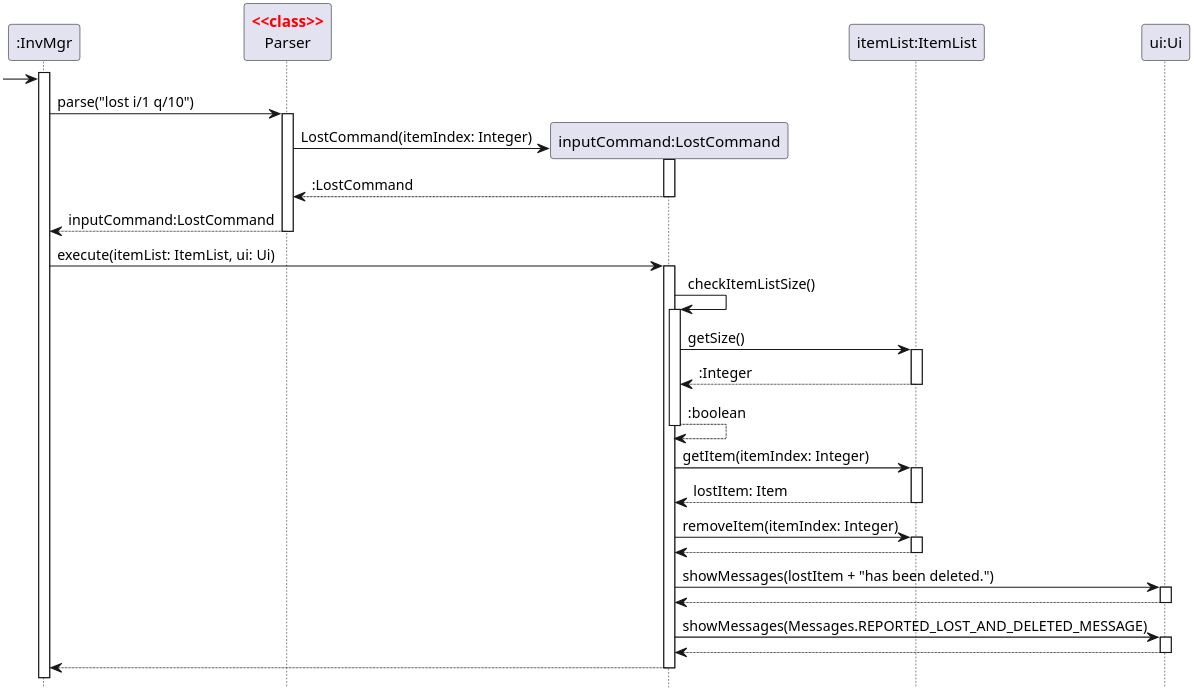
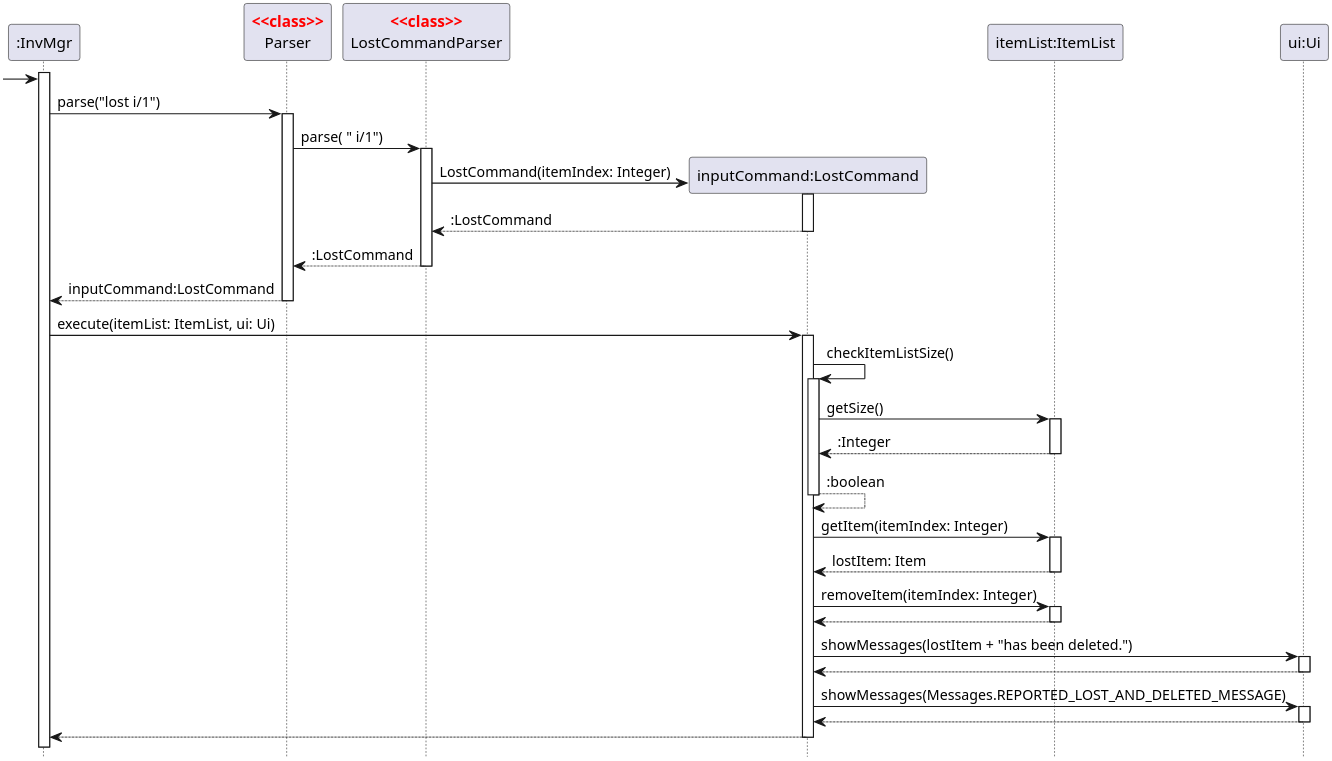
One commit to nus-cs2113-AY2122S2/tp changed the diagram in docs/diagrams/LostCommandSequenceDiagram.puml. Above: the diagram before and after it, drawn with PlantUML. The commit also changed 5 other files, not shown here.

Commit message:
Updates DG with new sequence diagrams and description for LostCommand and ReturnCommand and HelpCommand

```diff
--- a/docs/diagrams/LostCommandSequenceDiagram.puml
+++ b/docs/diagrams/LostCommandSequenceDiagram.puml
@@ -1,55 +1,59 @@
 @startuml
 'https://plantuml.com/sequence-diagram
 hide footbox
 
 skinparam dpi 300
 skinparam guillemet false
 skinparam sequenceStereotypeFontColor red
 skinparam sequenceStereotypeFontStyle bold
 
 Participant ":InvMgr" as invmgr
 Participant "Parser" as parser <<class>>
+Participant "LostCommandParser" as LostCommandParser <<class>>
 Participant "inputCommand:LostCommand" as cmd
+
 Participant "itemList:ItemList" as list
 Participant "ui:Ui" as ui
 
 activate invmgr
 
 -> invmgr
-invmgr -> parser:parse("lost i/1 q/10")
+invmgr -> parser:parse("lost i/1")
 activate parser
 
+parser -> LostCommandParser: parse( " i/1")
+activate LostCommandParser
 create cmd
-parser -> cmd:LostCommand(itemIndex: Integer)
+LostCommandParser -> cmd:LostCommand(itemIndex: Integer)
 activate cmd
 return :LostCommand
-
+return :LostCommand
 return inputCommand:LostCommand
 
 invmgr -> cmd:execute(itemList: ItemList, ui: Ui)
 activate cmd
 
 cmd -> cmd:checkItemListSize()
 activate cmd
 cmd -> list: getSize()
 activate list
 return :Integer
 return :boolean
 
 cmd -> list: getItem(itemIndex: Integer)
 activate list
 return lostItem: Item
 
 cmd -> list: removeItem(itemIndex: Integer)
 activate list
 return
 
 cmd -> ui: showMessages(lostItem + "has been deleted.")
 activate ui
 return
 cmd -> ui: showMessages(Messages.REPORTED_LOST_AND_DELETED_MESSAGE)
 activate ui
 return
 
 return
 @enduml
```
